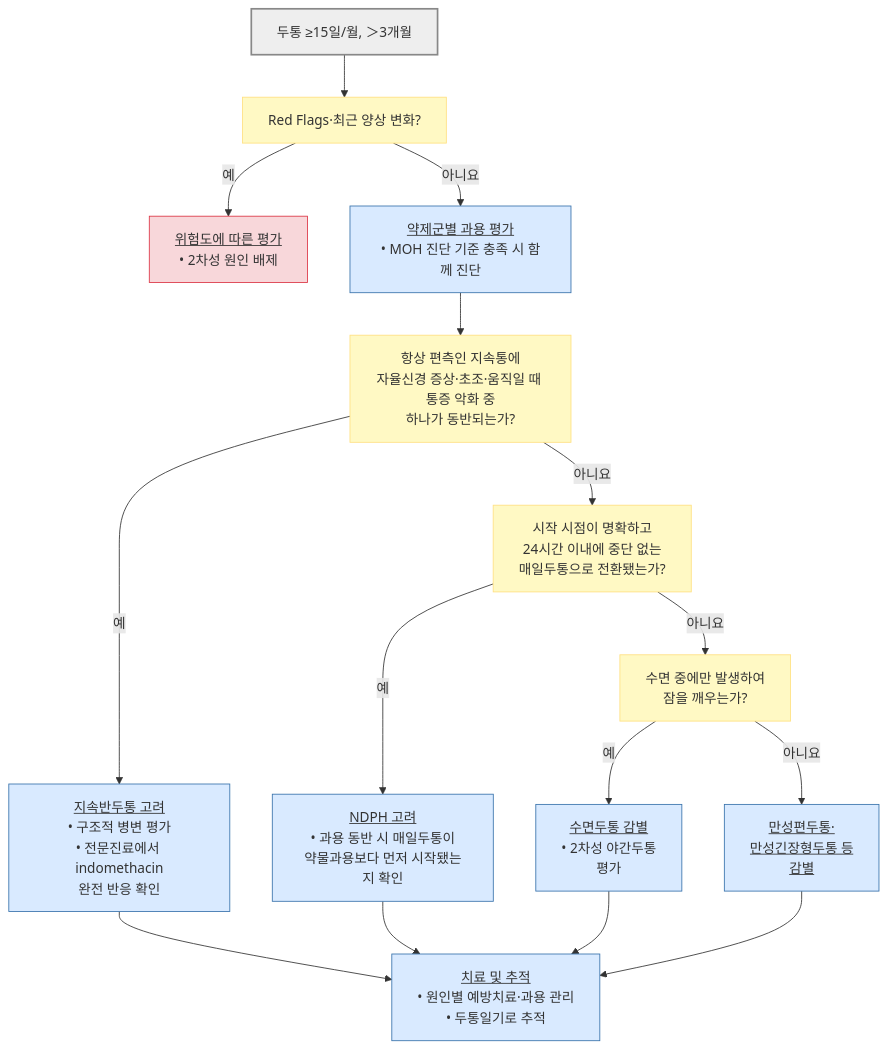
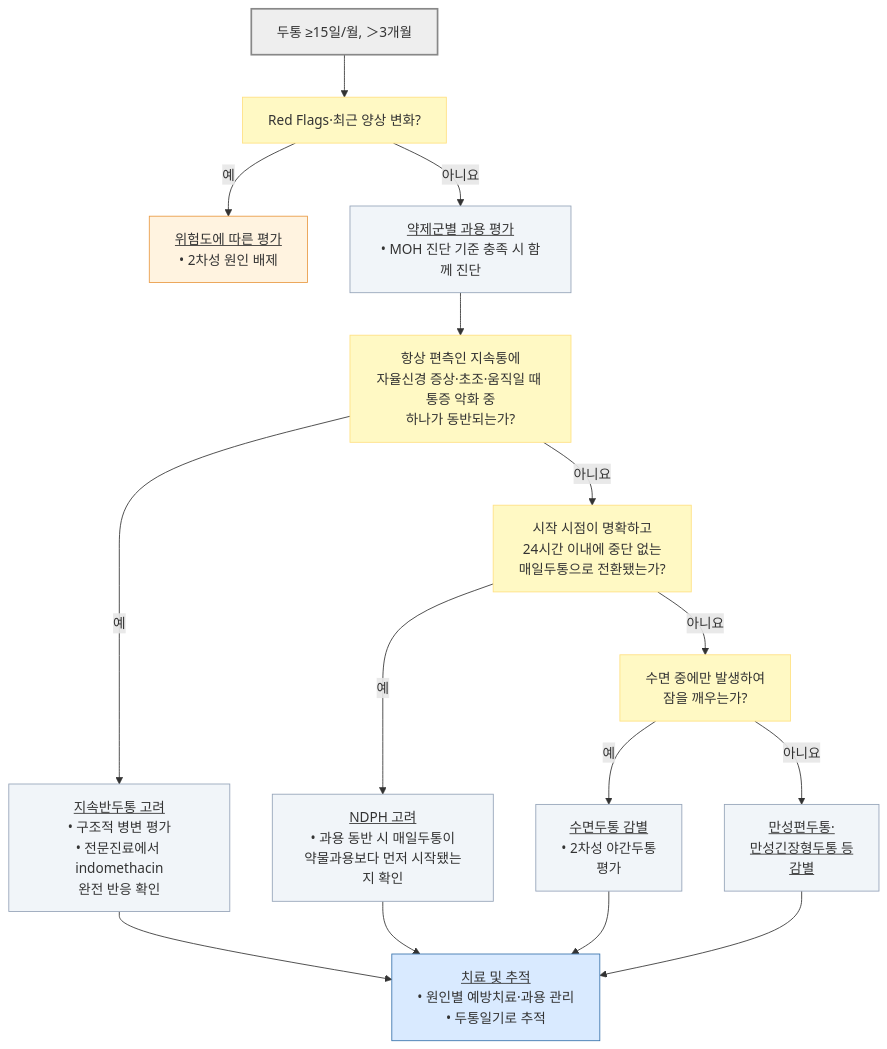
The diagram in 221_/018_-chronic-headache.md (familyoh77/familyoh77), drawn with Mermaid before and after one commit. The commit also changed other lines of this file and 4 other files, not shown here.

````diff
--- a/221_/018_-chronic-headache.md
+++ b/221_/018_-chronic-headache.md
@@ -48,25 +48,28 @@
 ```mermaid
 flowchart TD
     A["두통 ≥15일/월, ＞3개월"] --> B["Red Flags·최근 양상 변화?"]
     B -- "예" --> C["<u>위험도에 따른 평가</u><br/>• 2차성 원인 배제"]
     B -- "아니요" --> D["<u>약제군별 과용 평가</u><br/>• MOH 진단 기준 충족 시 함께 진단"]
     D --> E["항상 편측인 지속통에<br/>자율신경 증상·초조·움직일 때 통증 악화 중<br/>하나가 동반되는가?"]
     E -- "예" --> F["<u>지속반두통 고려</u><br/>• 구조적 병변 평가<br/>• 전문진료에서 indomethacin<br/>완전 반응 확인"]
     E -- "아니요" --> G["시작 시점이 명확하고<br/>24시간 이내에 중단 없는 <br/>매일두통으로 전환됐는가?"]
     G -- "예" --> H["<u>NDPH 고려</u><br/>• 과용 동반 시 매일두통이<br/>약물과용보다 먼저 시작됐는지 확인"]
     G -- "아니요" --> I["수면 중에만 발생하여 <br/>잠을 깨우는가?"]
     I -- "예" --> J["<u>수면두통 감별</u><br/>• 2차성 야간두통 <br/>평가"]
     I -- "아니요" --> K["<u>만성편두통·<br/>만성긴장형두통 등 <br/>감별</u>"]
     F --> L["<u>치료 및 추적</u><br/>• 원인별 예방치료·과용 관리<br/>• 두통일기로 추적"]
     H --> L
     J --> L
     K --> L
-    classDef start fill:#eeeeee,stroke:#888888,stroke-width:2px;
-    classDef decision fill:#fff9c4,stroke:#ffe082;
-    classDef emergency fill:#f8d7da,stroke:#dc3545;
-    classDef care fill:#d9eaff,stroke:#3973ac;
-    class A start;
-    class B,E,G,I decision;
-    class C emergency;
-    class D,F,H,J,K,L care;
+
+classDef start fill:#eeeeee,stroke:#888888,stroke-width:2px;
+classDef decision fill:#fff9c4,stroke:#ffe082;
+classDef priority fill:#fff3e0,stroke:#e99b45;
+classDef assessment fill:#f1f5f9,stroke:#94a3b8;
+classDef care fill:#d9eaff,stroke:#3973ac;
+class A start;
+class B,E,G,I decision;
+class C priority;
+class D,F,H,J,K assessment;
+class L care;
 ```
````
